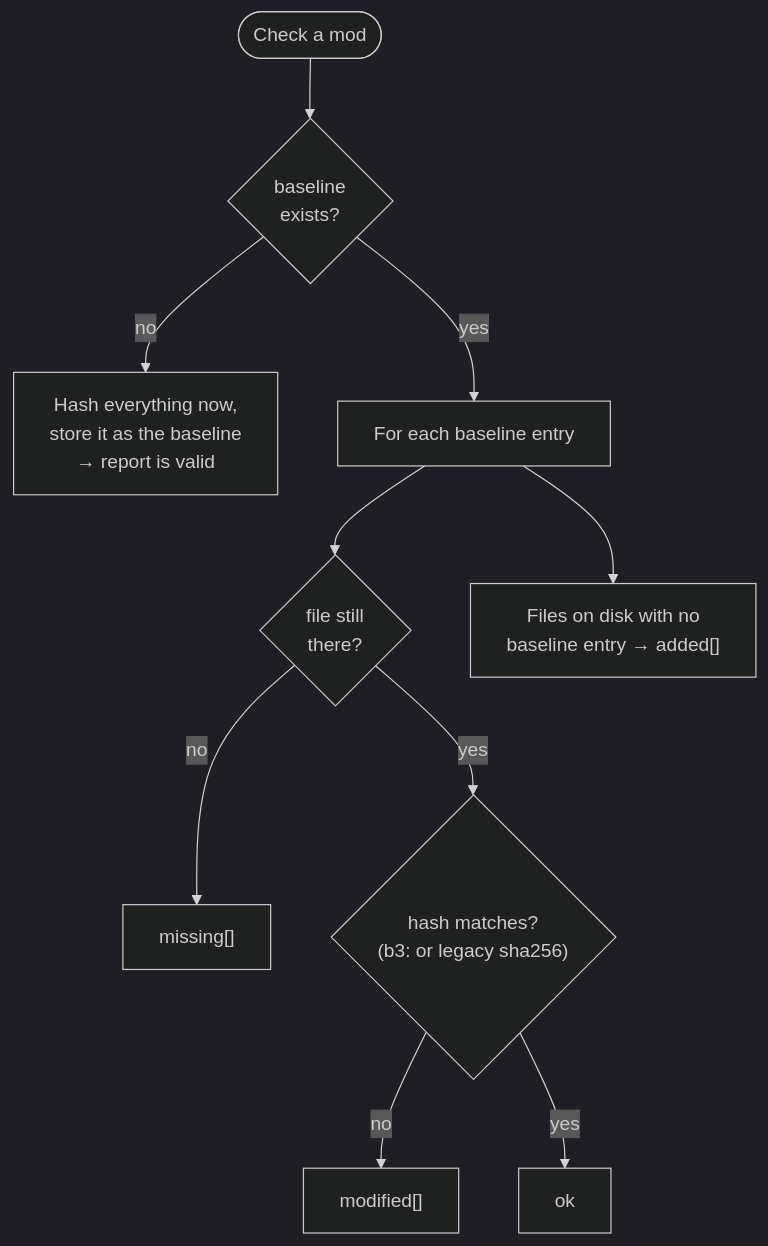
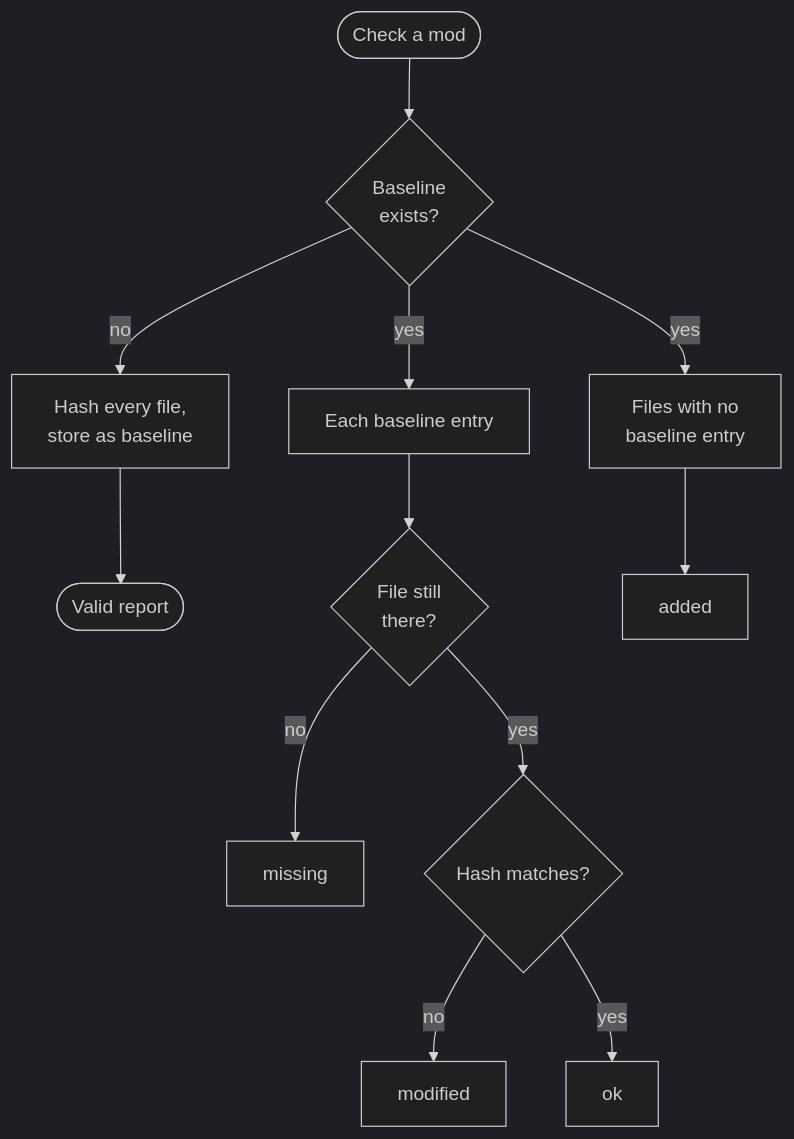
The first of 2 diagrams in frontend/assets/docs/en/how-it-works/integrity-hashing.md (FreeProject089/BetterModsManager), drawn with Mermaid (dark theme) before and after one commit. The commit also changed other lines of this file and 176 other files, not shown here.

````diff
--- a/frontend/assets/docs/en/how-it-works/integrity-hashing.md
+++ b/frontend/assets/docs/en/how-it-works/integrity-hashing.md
@@ -77,12 +77,14 @@
 ```mermaid
-flowchart TB
-    START([Check a mod]) --> BASE{"baseline<br/>exists?"}
-    BASE -- no --> INIT["Hash everything now,<br/>store it as the baseline<br/>→ report is valid"]
-    BASE -- yes --> WALK["For each baseline entry"]
-    WALK --> EX{"file still<br/>there?"}
-    EX -- no --> MISS["missing[]"]
-    EX -- yes --> CMP{"hash matches?<br/>(b3: or legacy sha256)"}
-    CMP -- no --> MOD["modified[]"]
+flowchart TD
+    START([Check a mod]) --> BASE{"Baseline<br/>exists?"}
+    BASE -- no --> INIT["Hash every file,<br/>store as baseline"]
+    INIT --> VALID([Valid report])
+    BASE -- yes --> WALK["Each baseline entry"]
+    WALK --> EX{"File still<br/>there?"}
+    EX -- no --> MISS["missing"]
+    EX -- yes --> CMP{"Hash matches?"}
+    CMP -- no --> MOD["modified"]
     CMP -- yes --> OK["ok"]
-    WALK --> NEW["Files on disk with no<br/>baseline entry → added[]"]
+    BASE -- yes --> DISK["Files with no<br/>baseline entry"]
+    DISK --> ADD["added"]
 ```
````
